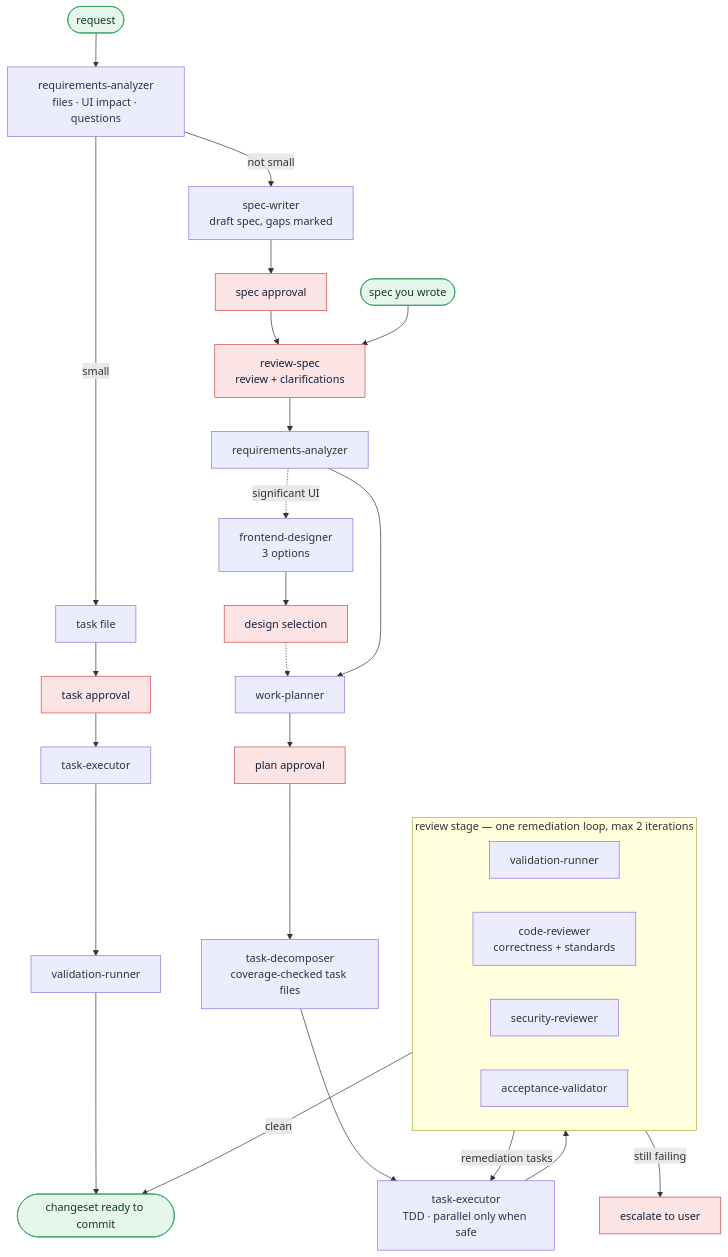
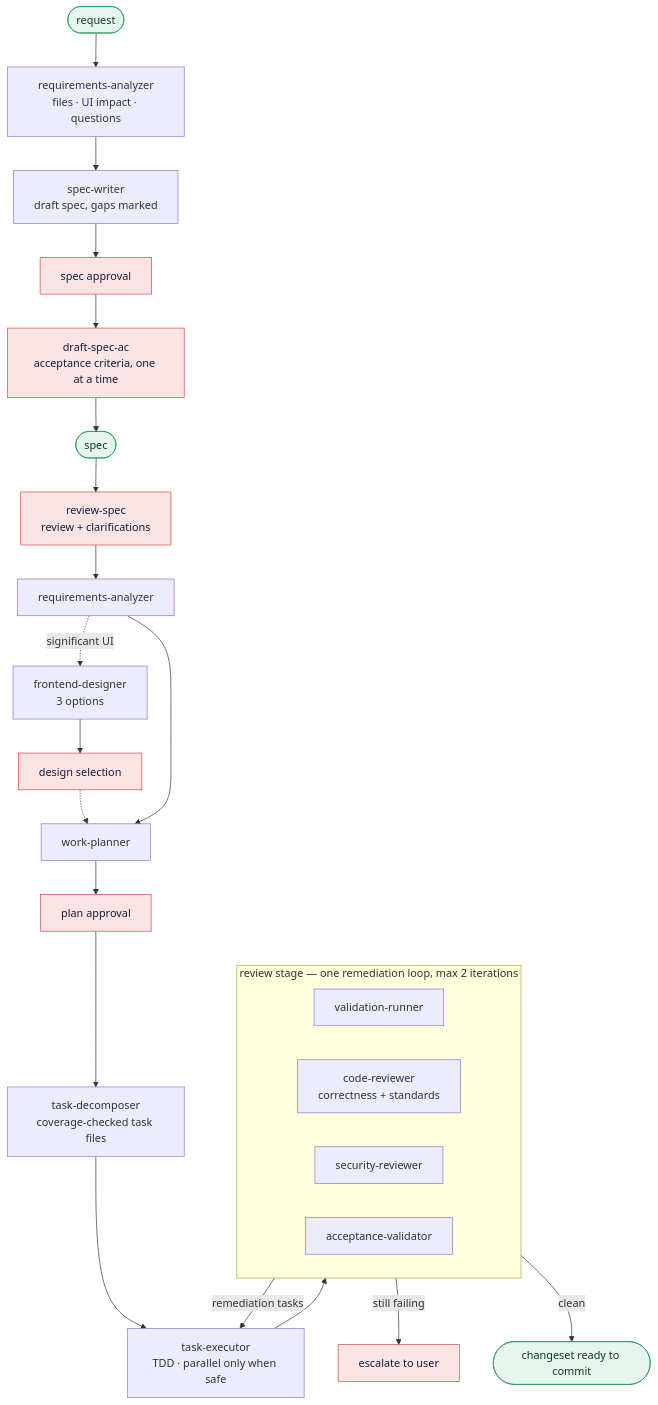
One commit to PSauerborn/agents changed the diagram in README.md. Above: the diagram before and after it, drawn with Mermaid. The commit also changed other lines of this file and 10 other files, not shown here.

Commit message:
Feature: added draft-spec skill

````diff
--- a/README.md
+++ b/README.md
@@ -40,32 +39,31 @@
 ```mermaid
 flowchart TD
     REQUEST([request]) --> ANALYZE["requirements-analyzer<br/>files · UI impact · questions"]
-    ANALYZE -->|"small"| QTASK["task file"] --> QAPPROVE["task approval"] --> QEXEC["task-executor"] --> QVAL["validation-runner"] --> DONE
-    ANALYZE -->|"not small"| WRITE["spec-writer<br/>draft spec, gaps marked"] --> SAPPROVE["spec approval"] --> GATE
+    ANALYZE --> WRITE["spec-writer<br/>draft spec, gaps marked"] --> SAPPROVE["spec approval"] --> ACS["draft-spec-ac<br/>acceptance criteria, one at a time"] --> SPEC
 
-    SPEC([spec you wrote]) --> GATE["review-spec<br/>review + clarifications"]
+    SPEC([spec]) --> GATE["review-spec<br/>review + clarifications"]
     GATE --> REQ["requirements-analyzer"]
     REQ -.->|"significant UI"| DESIGN["frontend-designer<br/>3 options"] --> SELECT["design selection"] -.-> PLAN
     REQ --> PLAN["work-planner"]
     PLAN --> APPROVE["plan approval"]
     APPROVE --> DECOMP["task-decomposer<br/>coverage-checked task files"]
     DECOMP --> EXEC["task-executor<br/>TDD · parallel only when safe"]
     EXEC --> REVIEW
 
     subgraph REVIEW["review stage — one remediation loop, max 2 iterations"]
         direction LR
         VAL["validation-runner"]
         CR["code-reviewer<br/>correctness + standards"]
         SEC["security-reviewer"]
         ACC["acceptance-validator"]
     end
 
     REVIEW -->|"remediation tasks"| EXEC
     REVIEW -->|"still failing"| ESCALATE["escalate to user"]
     REVIEW -->|"clean"| DONE([changeset ready to commit])
 
     classDef stop fill:#fde4e4,stroke:#d64545,color:#10203f
     classDef terminal fill:#e6f6ec,stroke:#2f9e5e,color:#0f3a22
-    class GATE,APPROVE,SELECT,ESCALATE,QAPPROVE,SAPPROVE stop
+    class GATE,APPROVE,SELECT,ESCALATE,SAPPROVE,ACS stop
     class SPEC,DONE,REQUEST terminal
 ```
````
